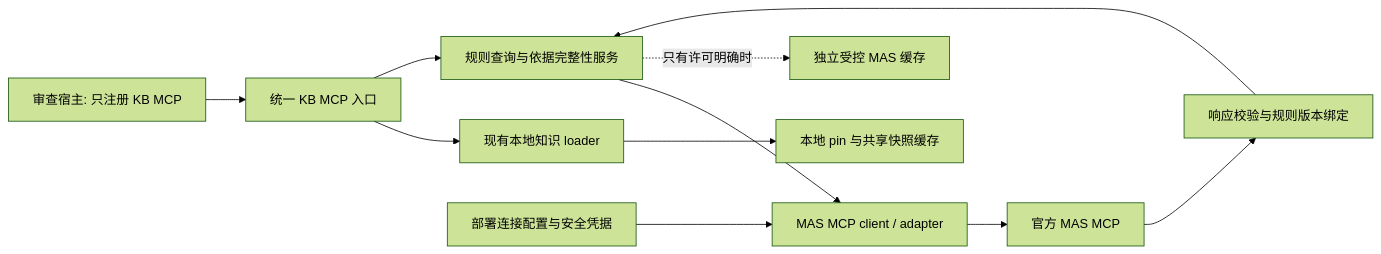
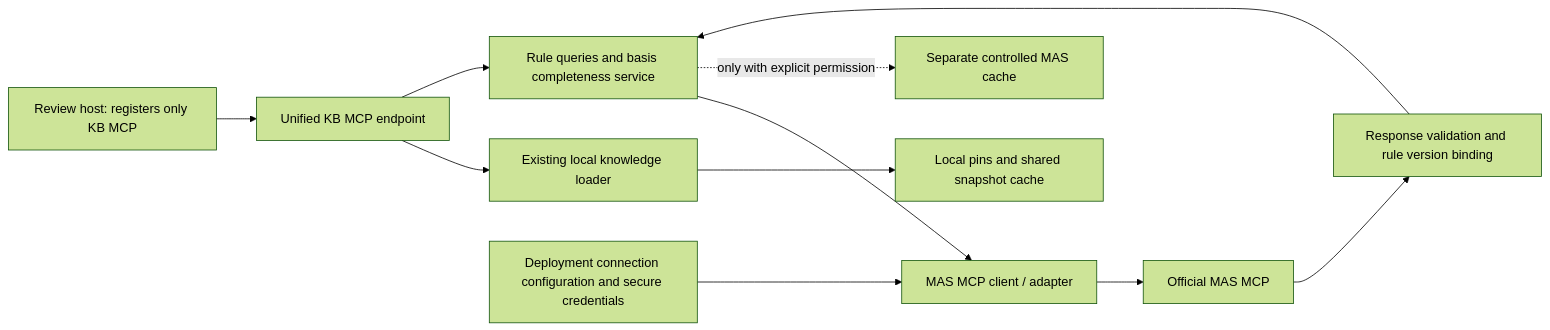
One commit to kaixun96/dev.A11yAssist changed the third of 3 diagrams in knowledge-server/TECH-DESIGN.md. Above: the diagram before and after it, drawn with Mermaid (forest theme). The commit also changed other lines of this file and 5 other files, not shown here.

````diff
--- a/knowledge-server/TECH-DESIGN.md
+++ b/knowledge-server/TECH-DESIGN.md
@@ -487,13 +528,13 @@
 ```mermaid
 flowchart LR
-  Host[审查宿主: 只注册 KB MCP] --> Entry[统一 KB MCP 入口]
-  Entry --> Local[现有本地知识 loader]
-  Entry --> Rules[规则查询与依据完整性服务]
+  Host[Review host: registers only KB MCP] --> Entry[Unified KB MCP endpoint]
+  Entry --> Local[Existing local knowledge loader]
+  Entry --> Rules[Rule queries and basis completeness service]
   Rules --> Adapter[MAS MCP client / adapter]
-  Config[部署连接配置与安全凭据] --> Adapter
-  Adapter --> MAS[官方 MAS MCP]
-  MAS --> Bound[响应校验与规则版本绑定]
+  Config[Deployment connection configuration and secure credentials] --> Adapter
+  Adapter --> MAS[Official MAS MCP]
+  MAS --> Bound[Response validation and rule version binding]
   Bound --> Rules
-  Local --> Snapshot[本地 pin 与共享快照缓存]
-  Rules -. 只有许可明确时 .-> Private[独立受控 MAS 缓存]
+  Local --> Snapshot[Local pins and shared snapshot cache]
+  Rules -. only with explicit permission .-> Private[Separate controlled MAS cache]
 ```
````
